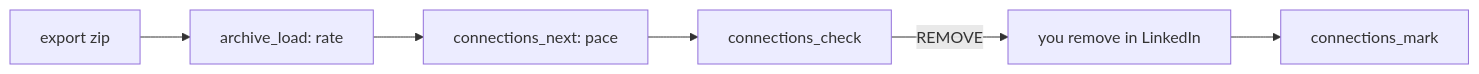
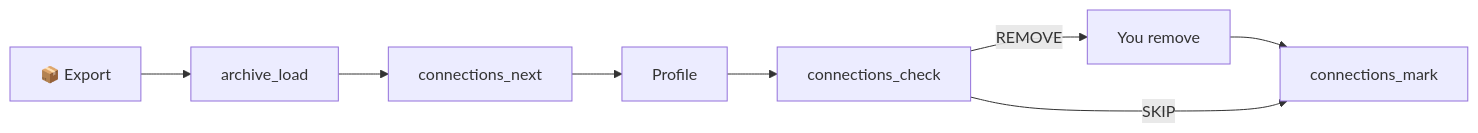
The first of 2 diagrams in docs/connections.md (Colorado-Startups/link), drawn with Mermaid before and after one commit. The commit also changed other lines of this file and 5 other files, not shown here.

````diff
--- a/docs/connections.md
+++ b/docs/connections.md
@@ -3,4 +3,6 @@
 ```mermaid
 flowchart LR
-  E[export zip] --> A[archive_load: rate] --> N[connections_next: pace] --> C[connections_check] -->|REMOVE| Y[you remove in LinkedIn] --> M[connections_mark]
+  E["📦 Export"] --> A["archive_load"] --> N["connections_next"] --> P["Profile"] --> C["connections_check"]
+  C -->|REMOVE| X["You remove"] --> M["connections_mark"]
+  C -->|SKIP| M
 ```
````
